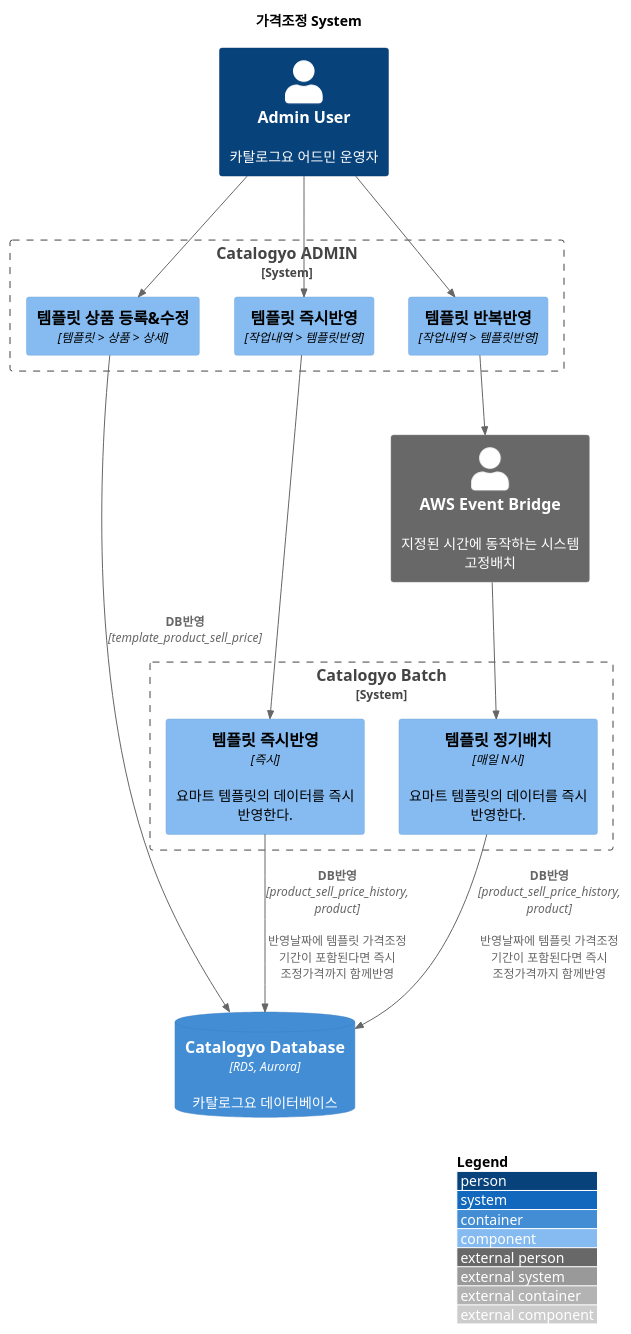
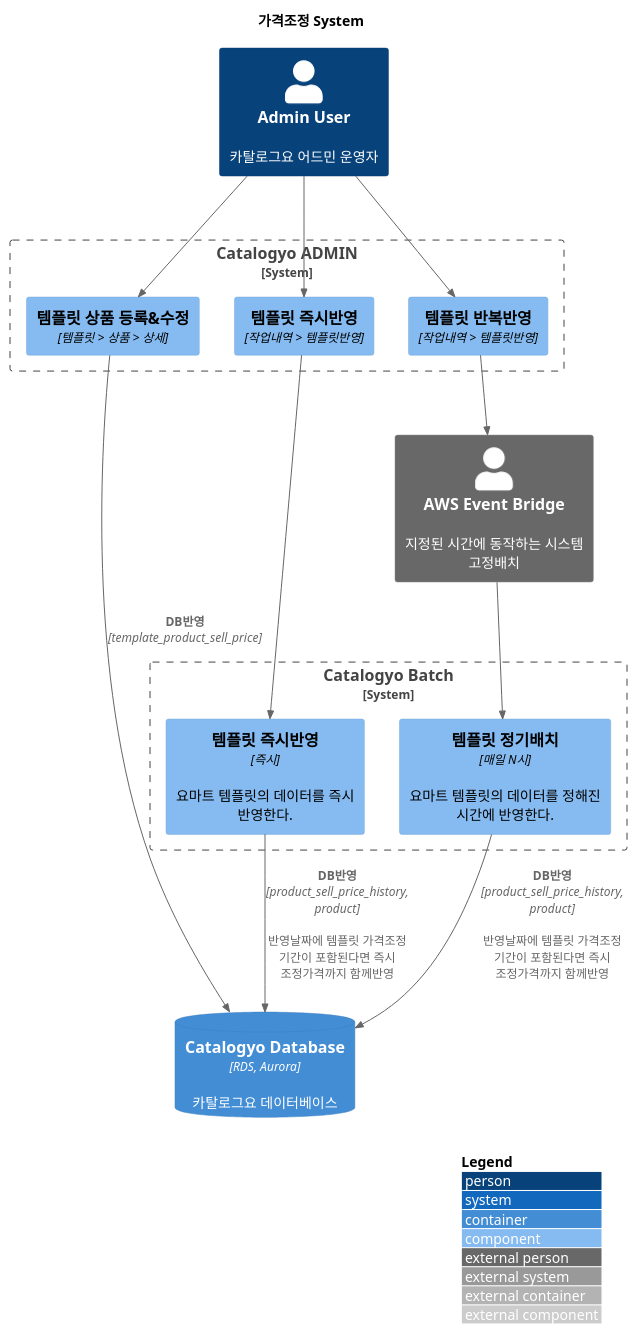
The diagram in component/sell_price_component.plantuml (koo-bonsoo/plantuml), drawn with PlantUML before and after one commit.

```diff
--- a/component/sell_price_component.plantuml
+++ b/component/sell_price_component.plantuml
@@ -1,46 +1,46 @@
 @startuml
 !include https://raw.githubusercontent.com/plantuml-stdlib/C4-PlantUML/master/C4_Component.puml
 ' uncomment the following line and comment the first to use locally
 ' !include C4_Component.puml
 
 LAYOUT_WITH_LEGEND()
 
 title 가격조정 System
 
 Person(user, "Admin User", "카탈로그요 어드민 운영자")
 Person_Ext(event, "AWS Event Bridge", "지정된 시간에 동작하는 시스템 고정배치")
 
 System_Boundary(catalogyo_admin, "Catalogyo ADMIN"){
     Component(catalogyo_admin_1, "템플릿 상품 등록&수정" , "템플릿 > 상품 > 상세")
     Component(catalogyo_admin_2, "템플릿 즉시반영" , "작업내역 > 템플릿반영")
     Component(catalogyo_admin_3, "템플릿 반복반영" , "작업내역 > 템플릿반영")
 }
 
 System_Boundary(catalogyo_batch, "Catalogyo Batch"){
-    Component(catalogyo_batch_1, "템플릿 정기배치" , "매일 N시", "요마트 템플릿의 데이터를 즉시 반영한다.")
+    Component(catalogyo_batch_1, "템플릿 정기배치" , "매일 N시", "요마트 템플릿의 데이터를 정해진 시간에 반영한다.")
     Component(catalogyo_batch_2, "템플릿 즉시반영" , "즉시", "요마트 템플릿의 데이터를 즉시 반영한다.")
 }
 
 ContainerDb(catalogyo_db, "Catalogyo Database", "RDS, Aurora", "카탈로그요 데이터베이스")
 
 
 
 
 
 
 
 Rel(user, catalogyo_admin_1, " ")
 Rel(user, catalogyo_admin_2, " ")
 Rel(user, catalogyo_admin_3, " ")
 
 Rel(catalogyo_admin_3, event, " ")
 
 
 Rel(catalogyo_admin_1, catalogyo_db, "DB반영", "template_product_sell_price")
 Rel(catalogyo_admin_2, catalogyo_batch_2, " ")
 Rel(catalogyo_batch_2, catalogyo_db, "DB반영", "product_sell_price_history, product", "반영날짜에 템플릿 가격조정 기간이 포함된다면 즉시 조정가격까지 함께반영")
 Rel(event, catalogyo_batch_1, " ")
 Rel(catalogyo_batch_1, catalogyo_db, "DB반영", "product_sell_price_history, product", "반영날짜에 템플릿 가격조정 기간이 포함된다면 즉시 조정가격까지 함께반영")
 
 
 @enduml
```
